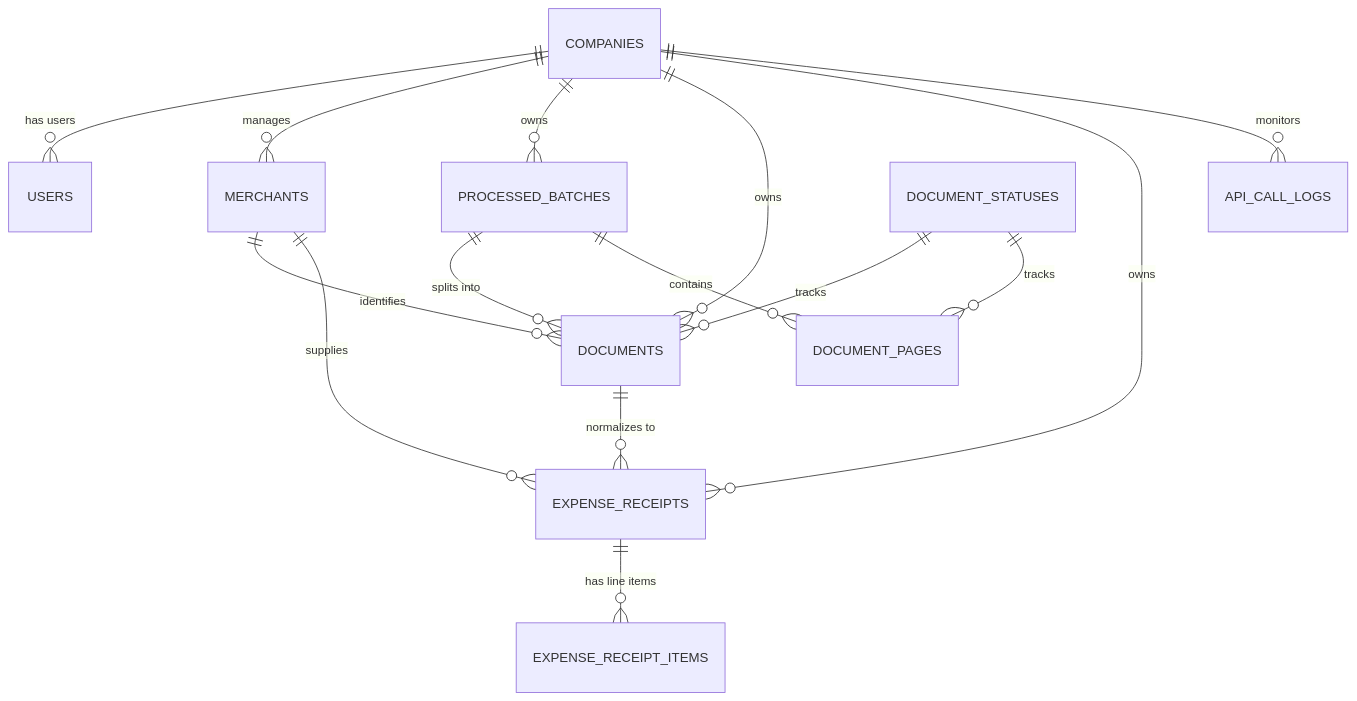
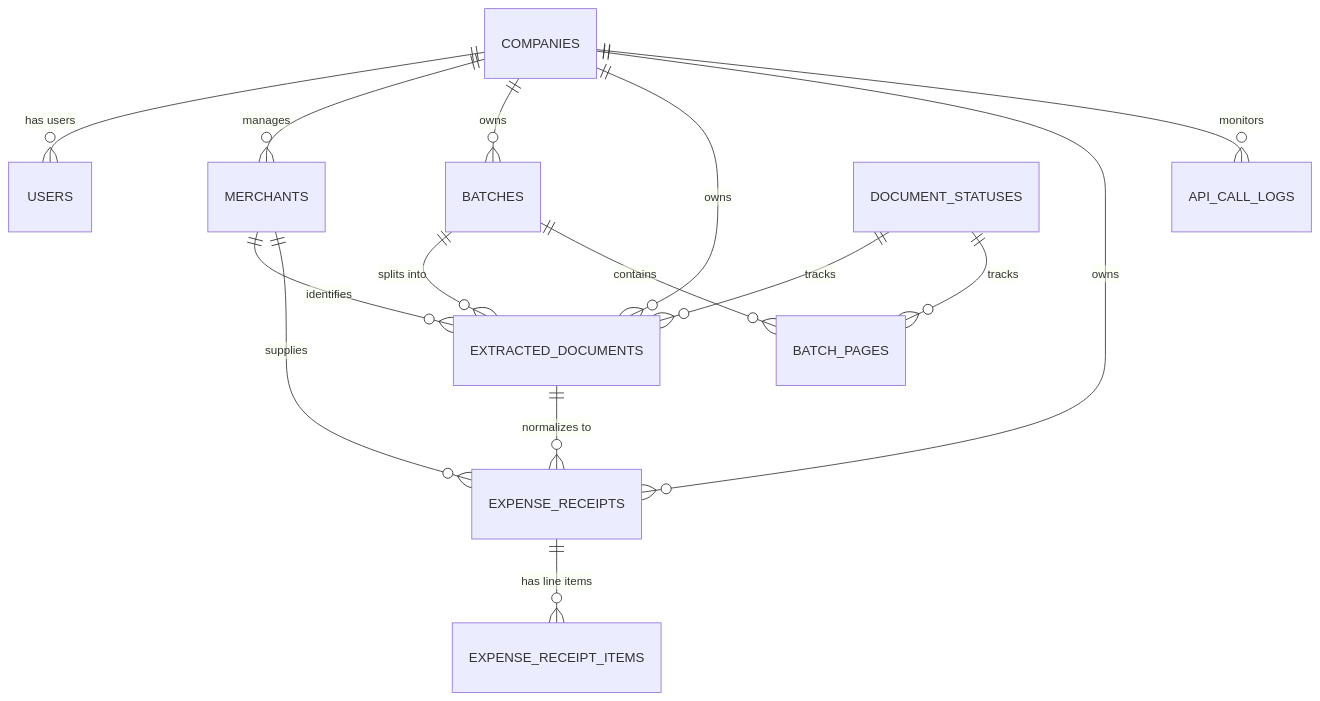
The diagram in docs/database_schema.md (prokungdev/AI-Multi-Docs-Extraction-Pipeline), drawn with Mermaid before and after one commit. The commit also changed other lines of this file and 30 other files, not shown here.

Commit message:
feat: implement database infrastructure, schema management, and pipeline stages for document processing

````diff
--- a/docs/database_schema.md
+++ b/docs/database_schema.md
@@ -9,21 +9,21 @@
 ```mermaid
 erDiagram
     COMPANIES ||--o{ USERS : "has users"
     COMPANIES ||--o{ MERCHANTS : "manages"
-    COMPANIES ||--o{ PROCESSED_BATCHES : "owns"
-    COMPANIES ||--o{ DOCUMENTS : "owns"
+    COMPANIES ||--o{ BATCHES : "owns"
+    COMPANIES ||--o{ EXTRACTED_DOCUMENTS : "owns"
     COMPANIES ||--o{ EXPENSE_RECEIPTS : "owns"
     COMPANIES ||--o{ API_CALL_LOGS : "monitors"
 
-    PROCESSED_BATCHES ||--o{ DOCUMENTS : "splits into"
-    PROCESSED_BATCHES ||--o{ DOCUMENT_PAGES : "contains"
+    BATCHES ||--o{ EXTRACTED_DOCUMENTS : "splits into"
+    BATCHES ||--o{ BATCH_PAGES : "contains"
 
-    DOCUMENT_STATUSES ||--o{ DOCUMENTS : "tracks"
-    DOCUMENT_STATUSES ||--o{ DOCUMENT_PAGES : "tracks"
+    DOCUMENT_STATUSES ||--o{ EXTRACTED_DOCUMENTS : "tracks"
+    DOCUMENT_STATUSES ||--o{ BATCH_PAGES : "tracks"
 
-    MERCHANTS ||--o{ DOCUMENTS : "identifies"
+    MERCHANTS ||--o{ EXTRACTED_DOCUMENTS : "identifies"
     MERCHANTS ||--o{ EXPENSE_RECEIPTS : "supplies"
 
-    DOCUMENTS ||--o{ EXPENSE_RECEIPTS : "normalizes to"
+    EXTRACTED_DOCUMENTS ||--o{ EXPENSE_RECEIPTS : "normalizes to"
     EXPENSE_RECEIPTS ||--o{ EXPENSE_RECEIPT_ITEMS : "has line items"
 ```
````
